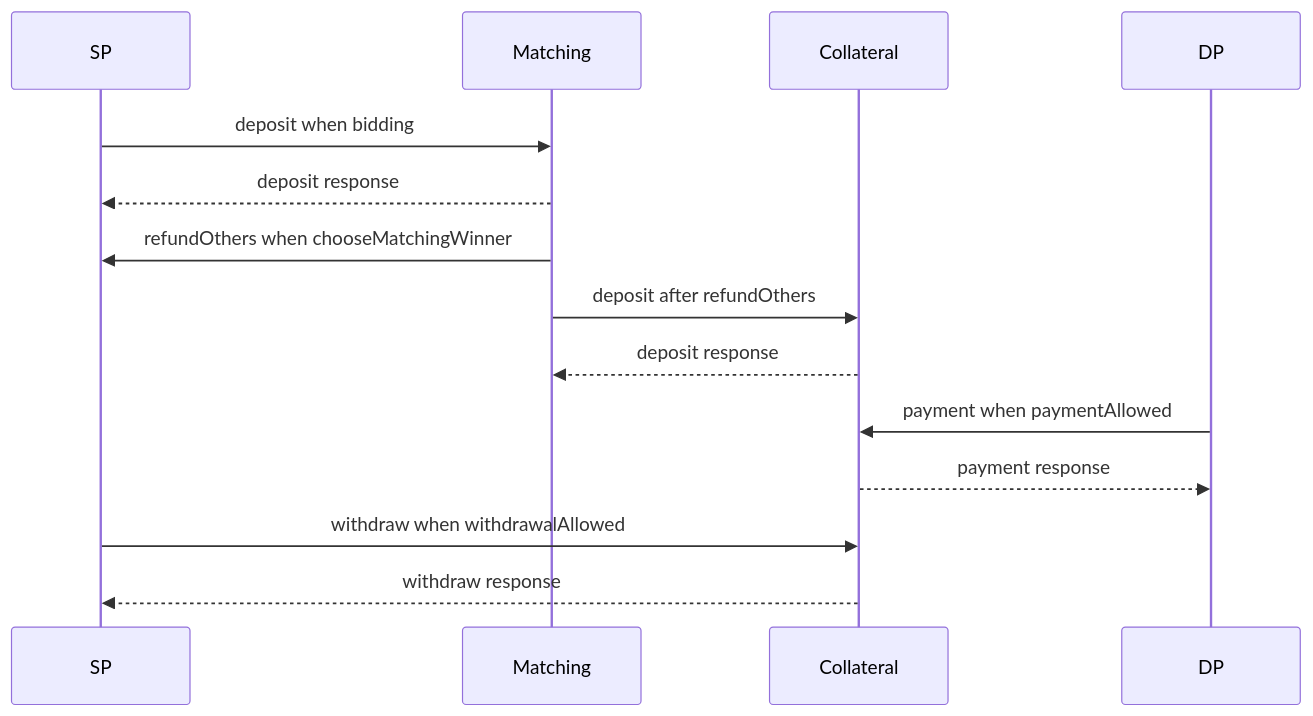
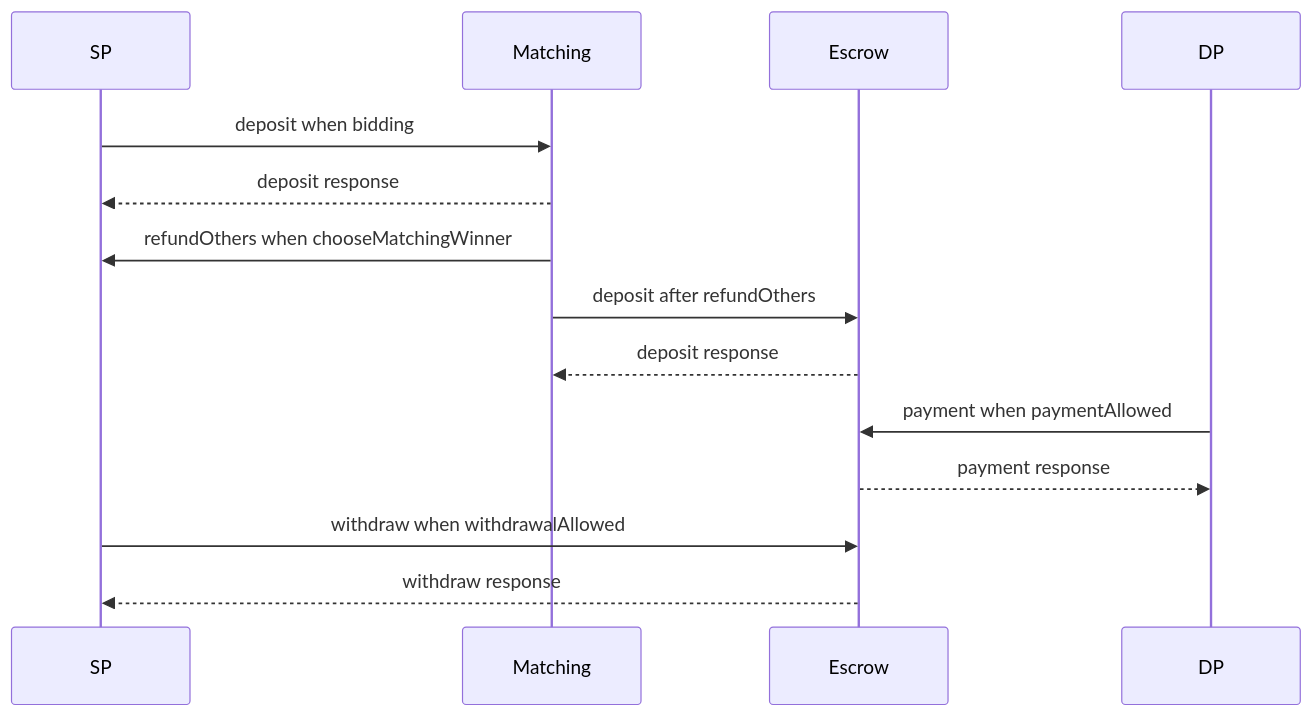
One commit to dataswap/specs changed the fifth of 8 diagrams in systems/core/escrow/Readme.md. Above: the diagram before and after it, drawn with Mermaid. The commit also changed other lines of this file, not shown here.

````diff
--- a/systems/core/escrow/Readme.md
+++ b/systems/core/escrow/Readme.md
@@ -115,12 +115,12 @@
 ```mermaid
 sequenceDiagram
    SP ->> Matching: deposit when bidding
    Matching -->> SP: deposit response
    Matching ->> SP: refundOthers when chooseMatchingWinner
-   Matching ->> Collateral: deposit after refundOthers
-   Collateral -->> Matching: deposit response
-   DP ->> Collateral: payment when paymentAllowed
-   Collateral -->> DP: payment response
-   SP ->> Collateral: withdraw when withdrawalAllowed
-   Collateral -->> SP: withdraw response
+   Matching ->> Escrow: deposit after refundOthers
+   Escrow -->> Matching: deposit response
+   DP ->> Escrow: payment when paymentAllowed
+   Escrow -->> DP: payment response
+   SP ->> Escrow: withdraw when withdrawalAllowed
+   Escrow -->> SP: withdraw response
 ```
````
